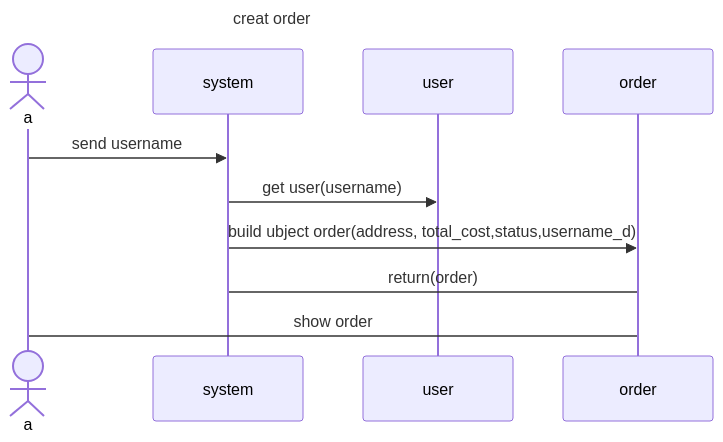
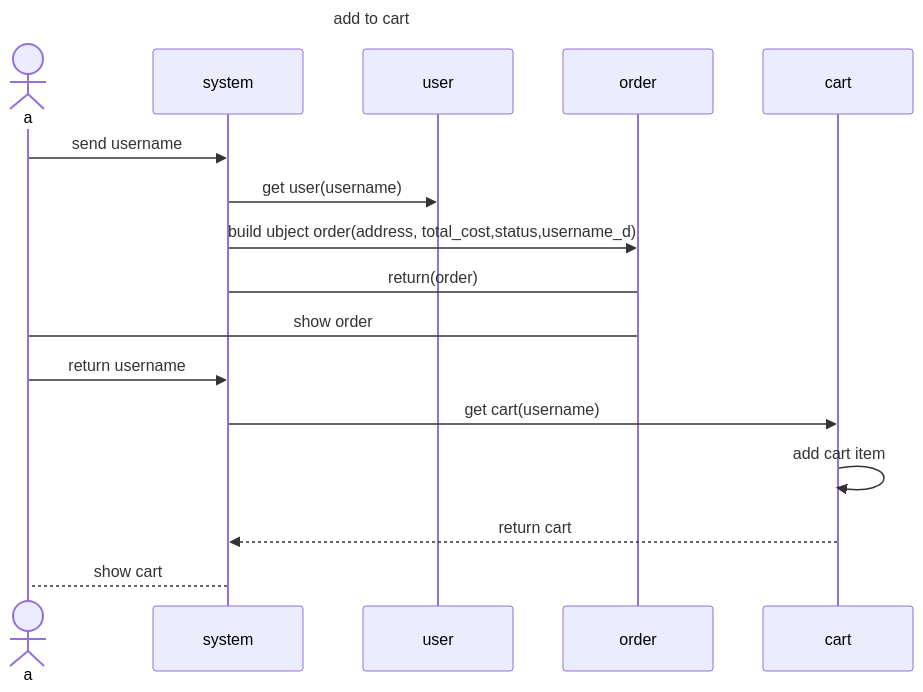
Before and after one commit to MxMhx/OOP_Project_MK_website: the diagram in sequence_diag/sequence_cart.mmd, drawn with Mermaid. The commit also changed other lines of this file, not shown here.

```diff
--- a/sequence_diag/sequence_cart.mmd
+++ b/sequence_diag/sequence_cart.mmd
@@ -1,11 +1,22 @@
 sequenceDiagram
     title creat order
     actor a
     participant system 
     participant user
     participant user
     a ->> system :send username 
     system ->> user :get user(username)
     system ->> order: build ubject order(address, total_cost,status,username_d)
     order -> system: return(order)
     order -> a: show order
+
+
+    title add to cart
+    participant system 
+    participant cart
+    actor a 
+    a ->> system:return username
+    system ->> cart:get cart(username)
+    cart ->> cart: add cart item 
+    cart -->> system : return cart 
+    system --> a :show cart 
```
